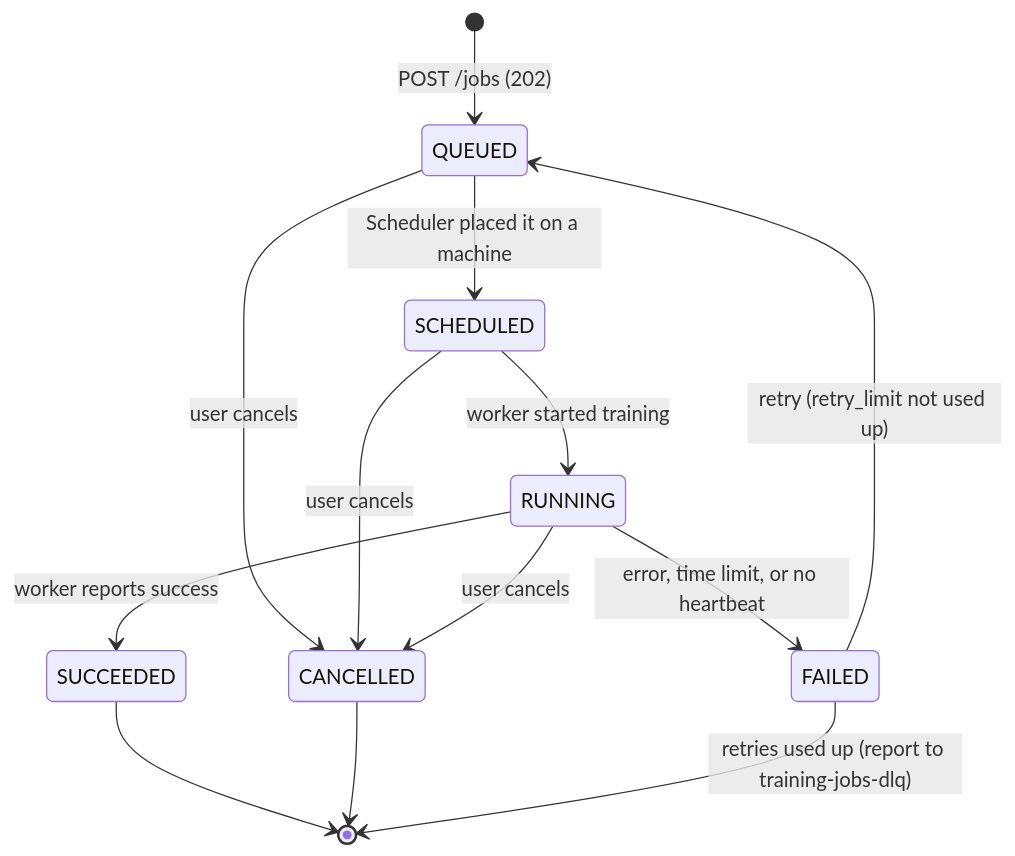
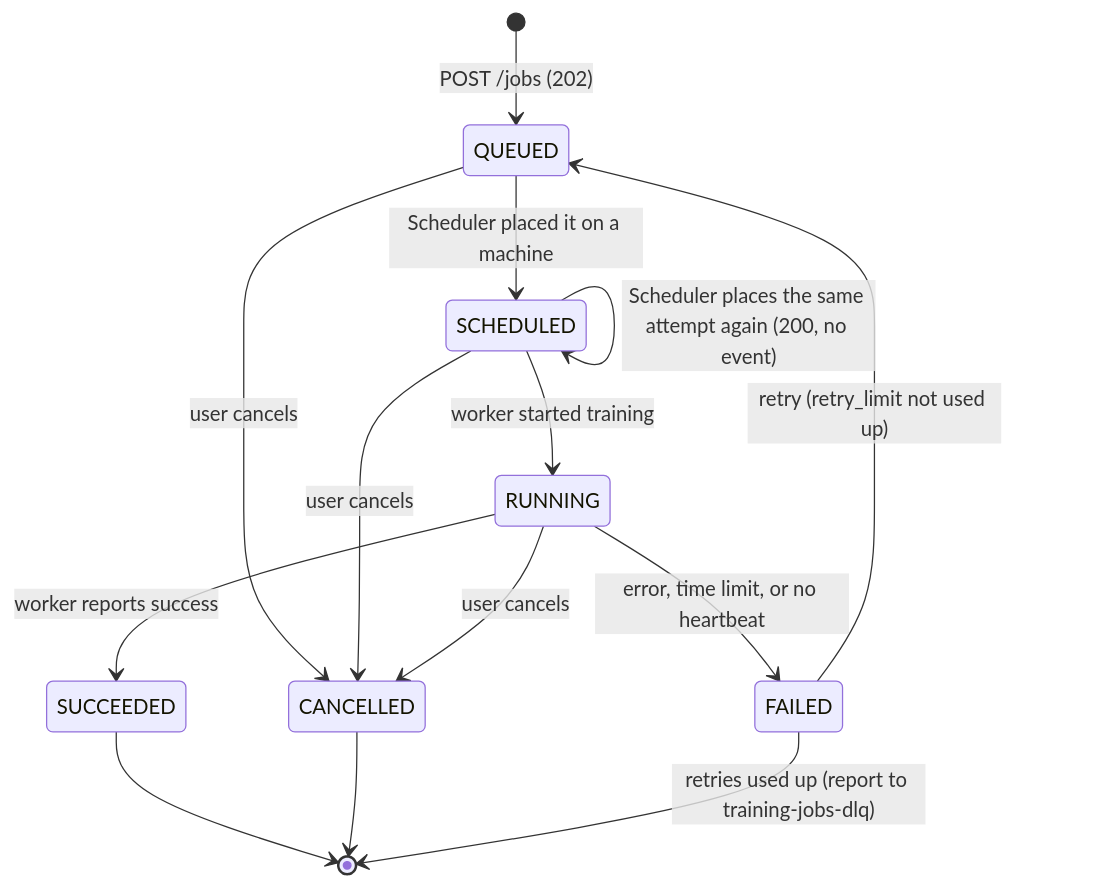
One commit to ali-ahmed-alshehhi/cloudtrain changed the diagram in contracts/job-states.md. Above: the diagram before and after it, drawn with Mermaid. The commit also changed other lines of this file and 5 other files, not shown here.

````diff
--- a/contracts/job-states.md
+++ b/contracts/job-states.md
@@ -8,15 +8,16 @@
 ```mermaid
 stateDiagram-v2
     [*] --> QUEUED: POST /jobs (202)
     QUEUED --> SCHEDULED: Scheduler placed it on a machine
+    SCHEDULED --> SCHEDULED: Scheduler places the same attempt again (200, no event)
     SCHEDULED --> RUNNING: worker started training
     RUNNING --> SUCCEEDED: worker reports success
     RUNNING --> FAILED: error, time limit, or no heartbeat
     FAILED --> QUEUED: retry (retry_limit not used up)
     QUEUED --> CANCELLED: user cancels
     SCHEDULED --> CANCELLED: user cancels
     RUNNING --> CANCELLED: user cancels
     SUCCEEDED --> [*]
     CANCELLED --> [*]
     FAILED --> [*]: retries used up (report to training-jobs-dlq)
 ```
````
